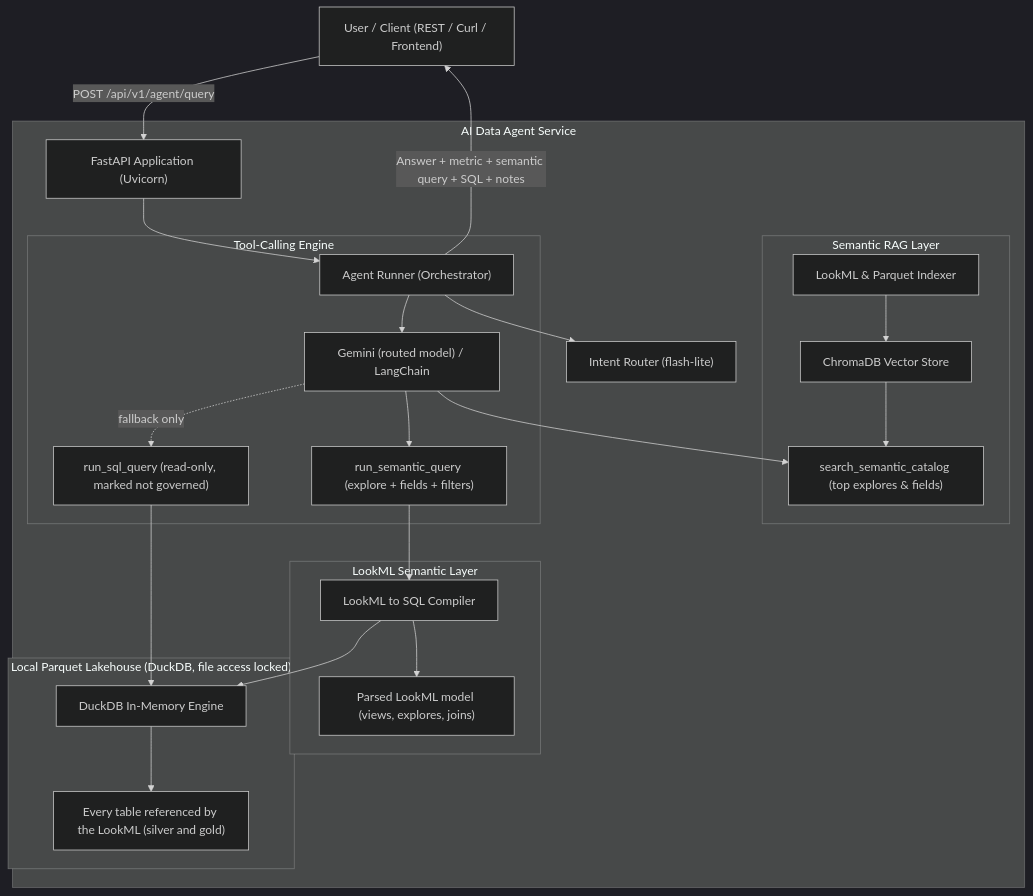
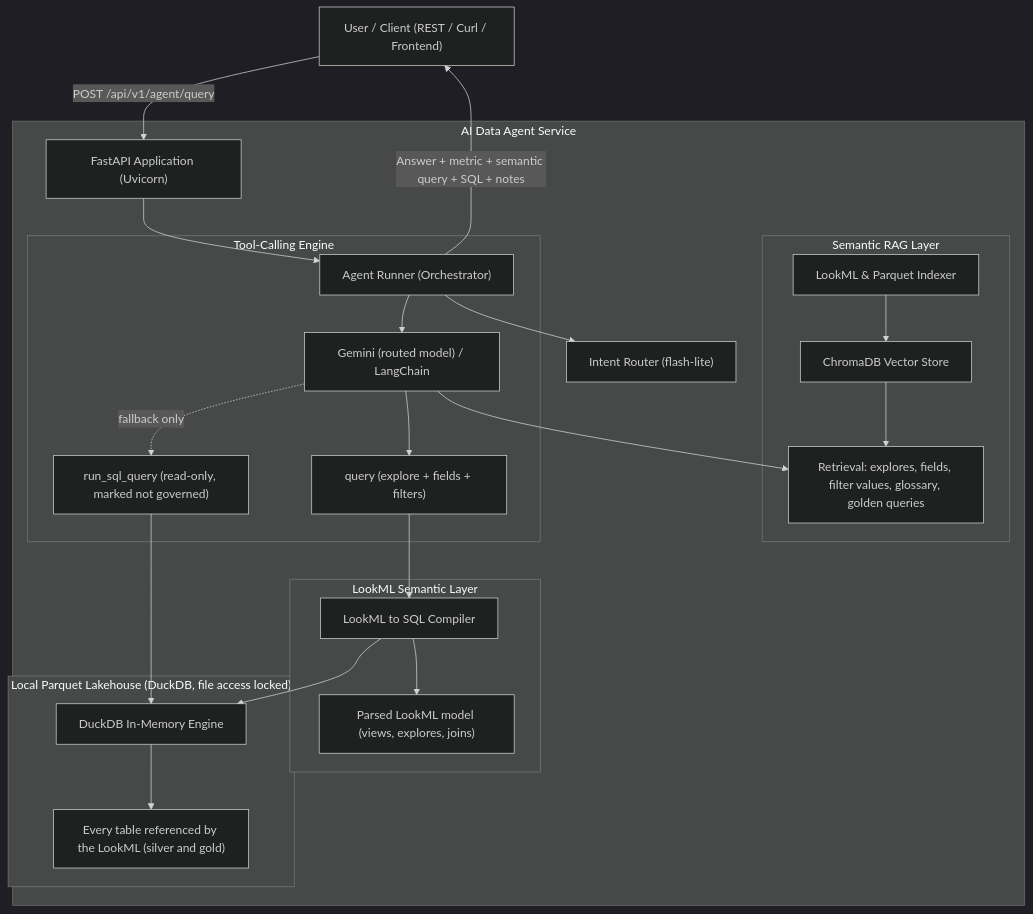
Before and after one commit to carlosgilroa/ai-data-agent: the diagram in README.md, drawn with Mermaid (dark theme). The commit also changed other lines of this file and 21 other files, not shown here.

First line of the commit message:
Looker-style retrieval: field value tools, suggestions, two-level Chroma retrieval, router split, agent instructions

````diff
--- a/README.md
+++ b/README.md
@@ -22,34 +22,34 @@
 ```mermaid
 flowchart TD
     User["User / Client (REST / Curl / Frontend)"] -->|POST /api/v1/agent/query| FastAPI["FastAPI Application (Uvicorn)"]
 
     subgraph Microservice ["AI Data Agent Service"]
         FastAPI --> Runner["Agent Runner (Orchestrator)"]
         Runner --> Router["Intent Router (flash-lite)"]
 
         subgraph SemanticRAG ["Semantic RAG Layer"]
             Indexer["LookML & Parquet Indexer"] --> Chroma["ChromaDB Vector Store"]
-            Chroma --> RAGTool["search_semantic_catalog (top explores & fields)"]
+            Chroma --> RAGTool["Retrieval: explores, fields, filter values, glossary, golden queries"]
         end
 
         subgraph Reasoning ["Tool-Calling Engine"]
             Runner --> LLM["Gemini (routed model) / LangChain"]
             LLM --> RAGTool
-            LLM --> SemanticTool["run_semantic_query (explore + fields + filters)"]
+            LLM --> SemanticTool["query (explore + fields + filters)"]
             LLM -.->|fallback only| RawSQL["run_sql_query (read-only, marked not governed)"]
         end
 
         subgraph SemanticLayer ["LookML Semantic Layer"]
             SemanticTool --> Compiler["LookML to SQL Compiler"]
             Compiler --> Model["Parsed LookML model (views, explores, joins)"]
         end
 
         subgraph StorageEngine ["Local Parquet Lakehouse (DuckDB, file access locked)"]
             Compiler --> DuckDB["DuckDB In-Memory Engine"]
             RawSQL --> DuckDB
             DuckDB --> Tables["Every table referenced by the LookML (silver and gold)"]
         end
     end
 
     Runner -->|Answer + metric + semantic query + SQL + notes| User
 ```
````
